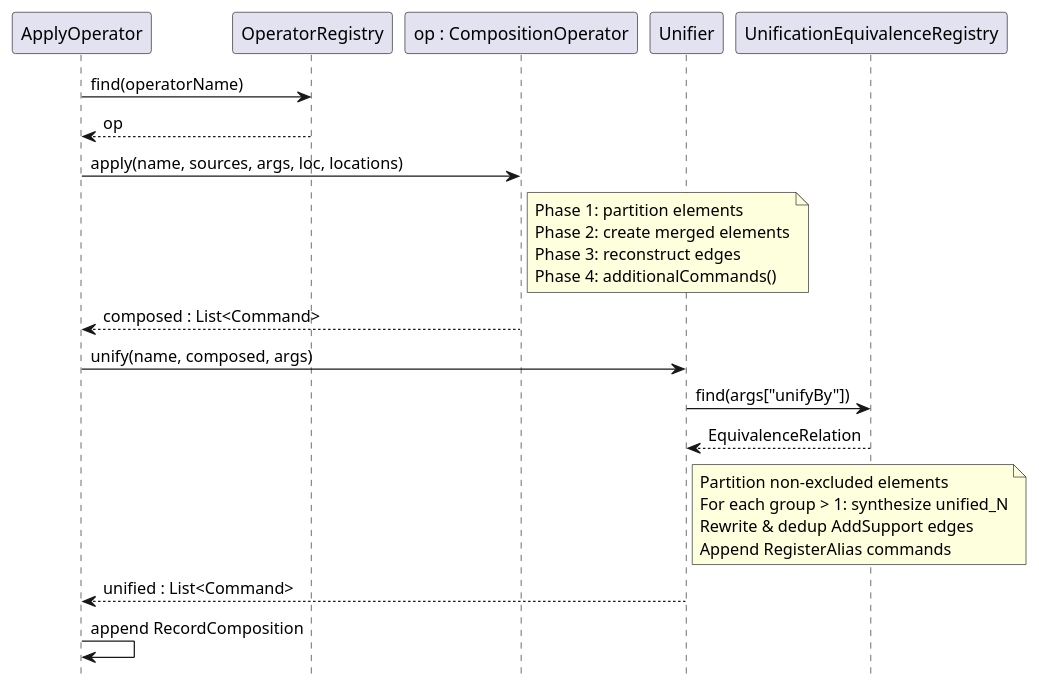
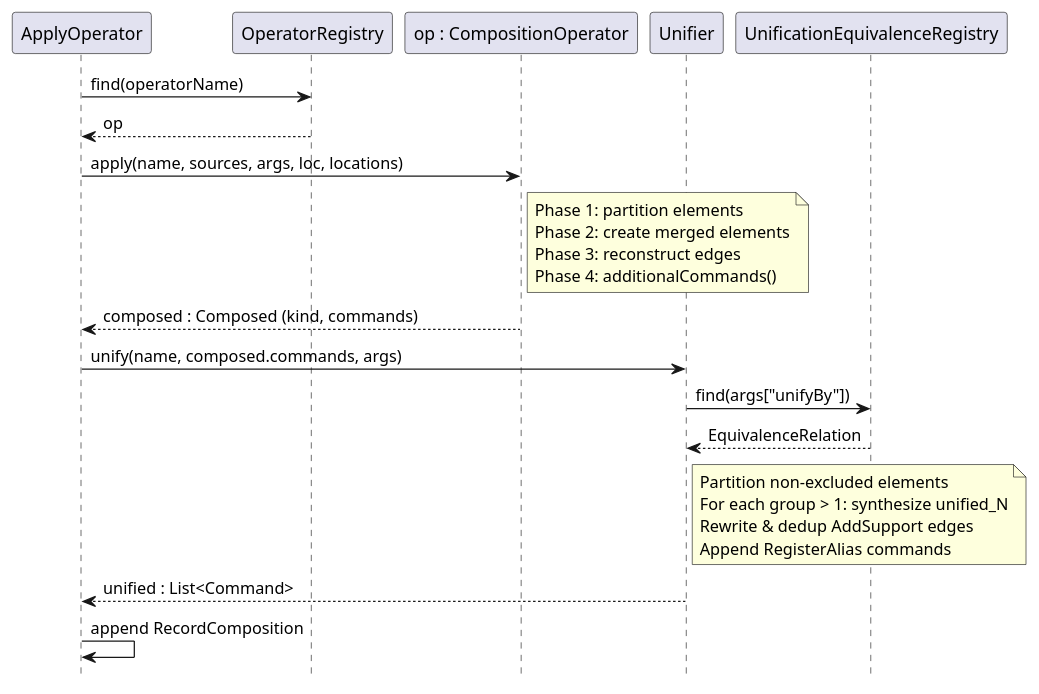
Before and after one commit to jpipe-mcscert/jpipe-compiler: the second of 3 diagrams in docs/design/operators.md, drawn with PlantUML. The commit also changed other lines of this file and 21 other files, not shown here.

````diff
--- a/docs/design/operators.md
+++ b/docs/design/operators.md
@@ -262,36 +268,36 @@
 ```plantuml
 @startuml operators-expand
 
 skinparam sequenceMessageAlign left
 hide footbox
 
 participant ApplyOperator
 participant OperatorRegistry
 participant "op : CompositionOperator" as Op
 participant Unifier
 participant UnificationEquivalenceRegistry
 
 ApplyOperator -> OperatorRegistry    : find(operatorName)
 OperatorRegistry --> ApplyOperator   : op
 ApplyOperator -> Op                  : apply(name, sources, args, loc, locations)
 note right of Op
   Phase 1: partition elements
   Phase 2: create merged elements
   Phase 3: reconstruct edges
   Phase 4: additionalCommands()
 end note
-Op --> ApplyOperator                 : composed : List<Command>
-ApplyOperator -> Unifier             : unify(name, composed, args)
+Op --> ApplyOperator                 : composed : Composed (kind, commands)
+ApplyOperator -> Unifier             : unify(name, composed.commands, args)
 Unifier -> UnificationEquivalenceRegistry : find(args["unifyBy"])
 UnificationEquivalenceRegistry --> Unifier : EquivalenceRelation
 note right of Unifier
   Partition non-excluded elements
   For each group > 1: synthesize unified_N
   Rewrite & dedup AddSupport edges
   Append RegisterAlias commands
 end note
 Unifier --> ApplyOperator            : unified : List<Command>
 ApplyOperator -> ApplyOperator       : append RecordComposition
 
 @enduml
 ```
````
